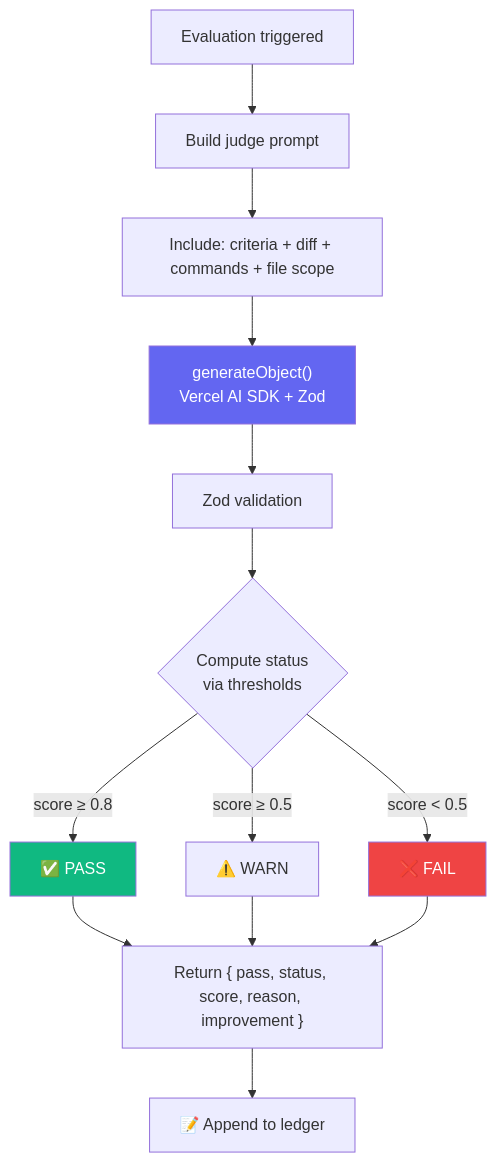
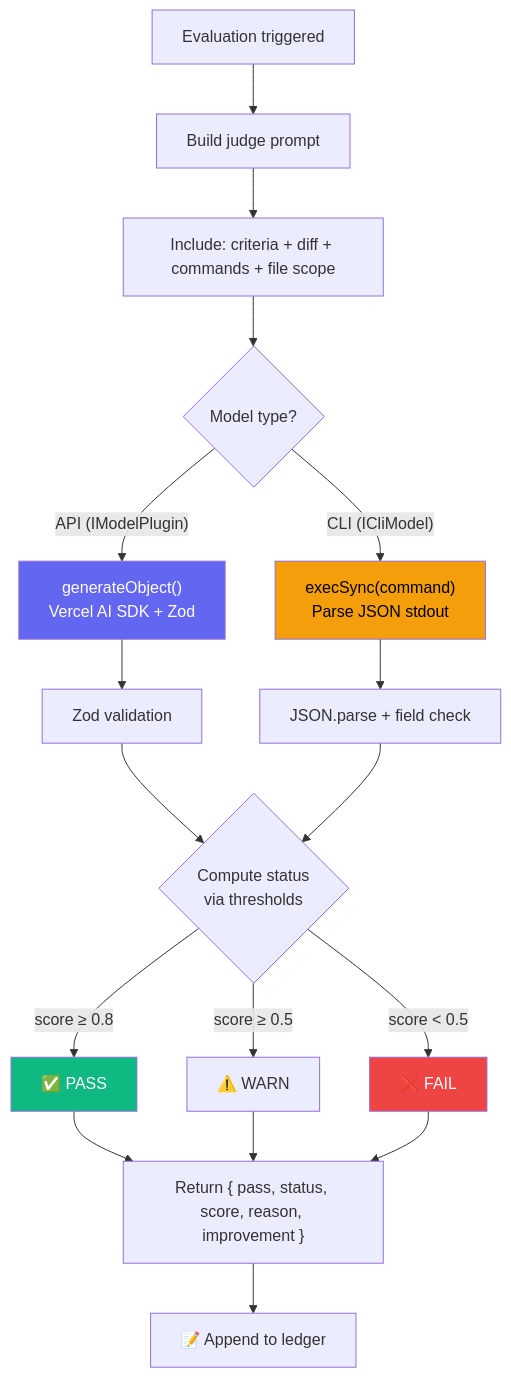
Before and after one commit to Tlahey/agent-eval: the first of 3 diagrams in apps/docs/guide/judges.md, drawn with Mermaid. The commit also changed other lines of this file and 8 other files, not shown here.

````diff
--- a/apps/docs/guide/judges.md
+++ b/apps/docs/guide/judges.md
@@ -19,21 +19,26 @@
 ```mermaid
 flowchart TD
     A["Evaluation triggered"] --> B["Build judge prompt"]
     B --> C["Include: criteria + diff + commands + file scope"]
 
-    C --> E["generateObject()<br/>Vercel AI SDK + Zod"]
+    C --> D{"Model type?"}
+    D -- "API (IModelPlugin)" --> E["generateObject()<br/>Vercel AI SDK + Zod"]
+    D -- "CLI (ICliModel)" --> F["execSync(command)<br/>Parse JSON stdout"]
 
     E --> J["Zod validation"]
+    F --> J2["JSON.parse + field check"]
     J --> K{"Compute status<br/>via thresholds"}
+    J2 --> K
     K -- "score ≥ 0.8" --> L["✅ PASS"]
     K -- "score ≥ 0.5" --> L2["⚠️ WARN"]
     K -- "score < 0.5" --> M["❌ FAIL"]
     L --> N["Return { pass, status, score, reason, improvement }"]
     L2 --> N
     M --> N
     N --> O["📝 Append to ledger"]
 
     style E fill:#6366f1,color:#fff
+    style F fill:#f59e0b,color:#000
     style L fill:#10b981,color:#fff
     style M fill:#ef4444,color:#fff
 ```
````
